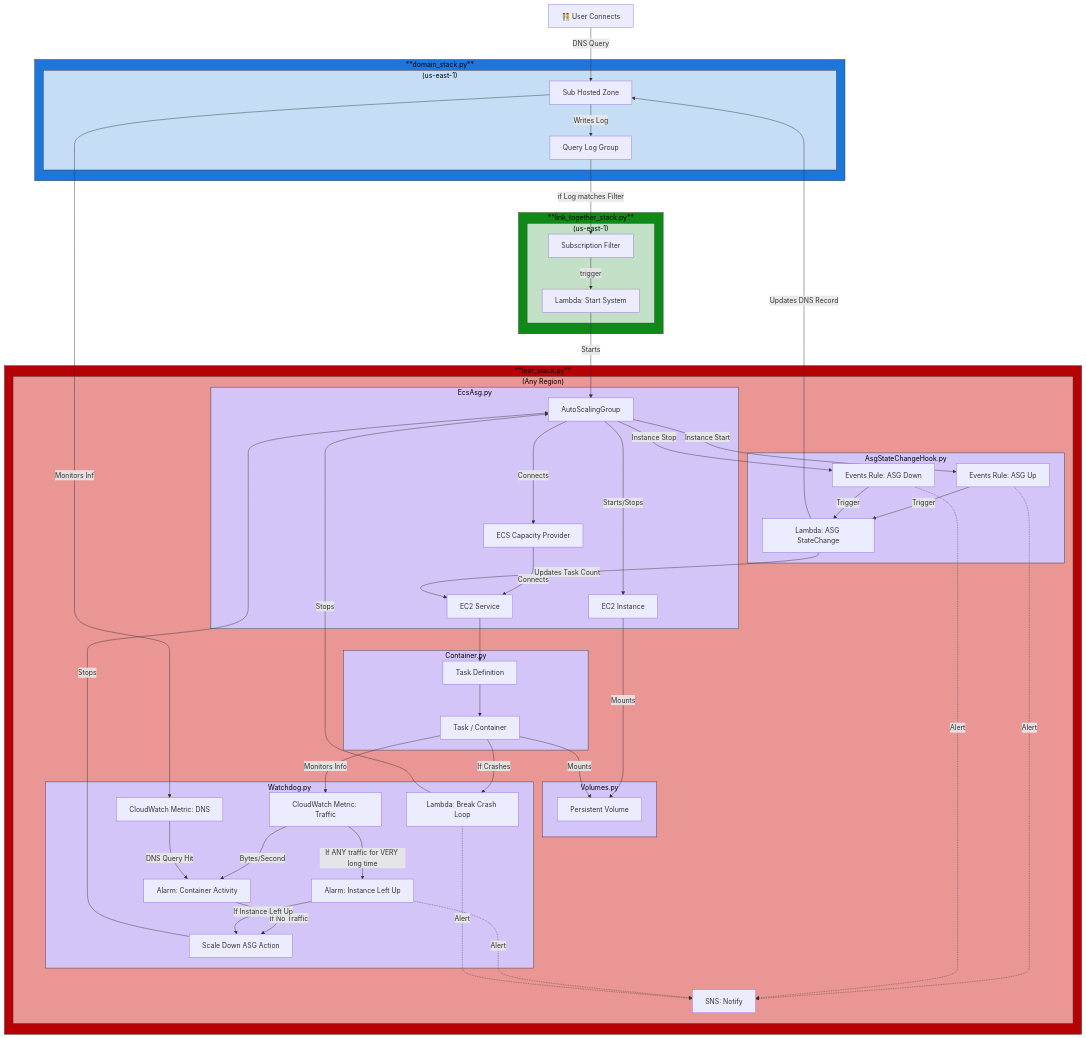
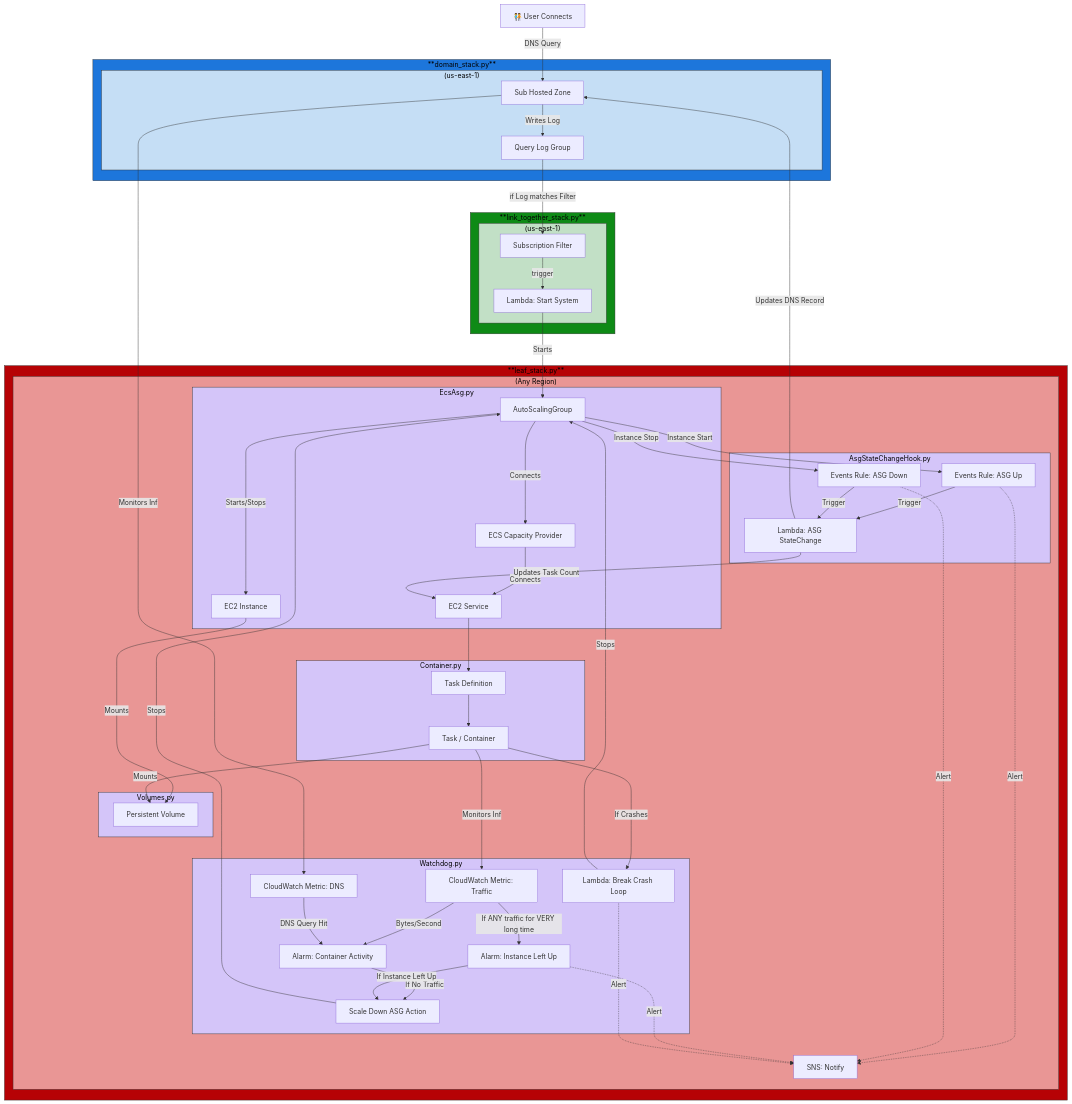
One commit to Cameronsplaze/AWS-ContainerManager changed the diagram in ContainerManager/leaf_stack/README.md. Above: the diagram before and after it, drawn with Mermaid.

Commit message:
Do spaces not matter?

```diff
--- a/ContainerManager/leaf_stack/README.md
+++ b/ContainerManager/leaf_stack/README.md
@@ -117,7 +117,7 @@
             end
             class Watchdog.py purple
             sub-hosted-zone --Monitors Info--> metric-traffic-dns
-            container --" Monitors Info "--> metric-traffic-in
+            container --Monitors Info--> metric-traffic-in
             scale-down-asg-action --Stops--> Asg
             alarm-instance-up -.Alert..-> sns-notify
             container --If Crashes--> lambda-break-crash-loop
```
